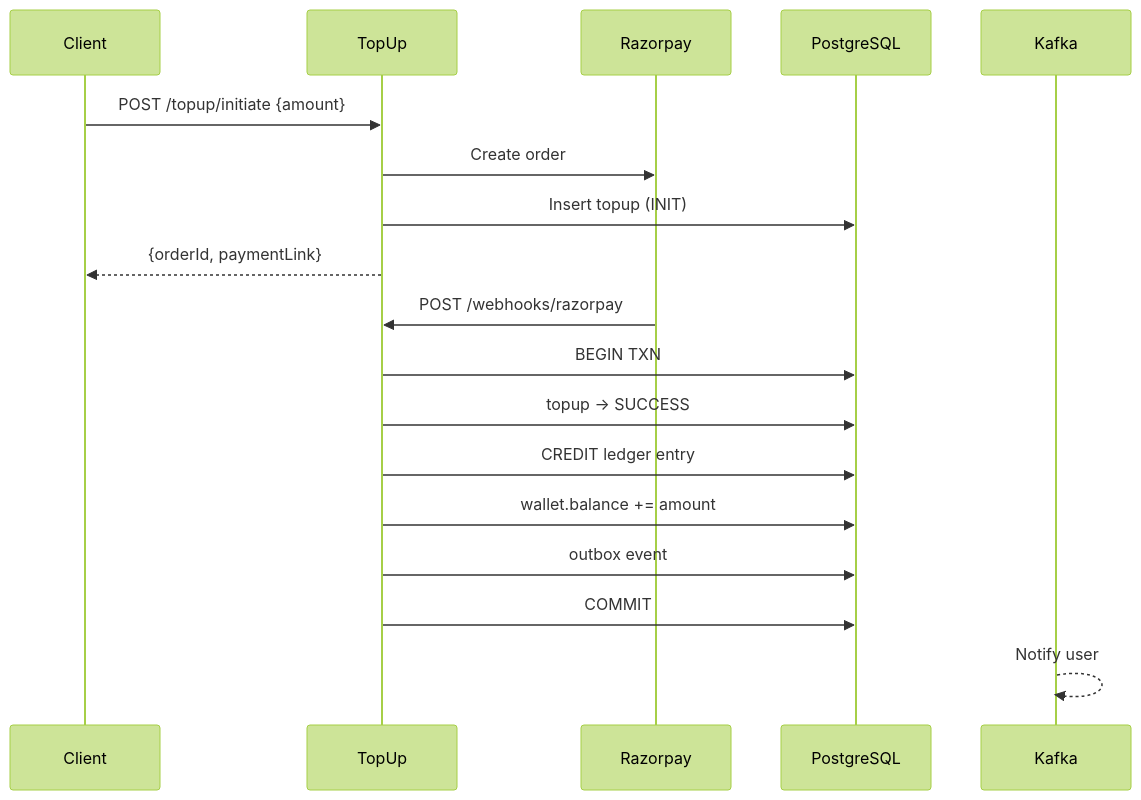
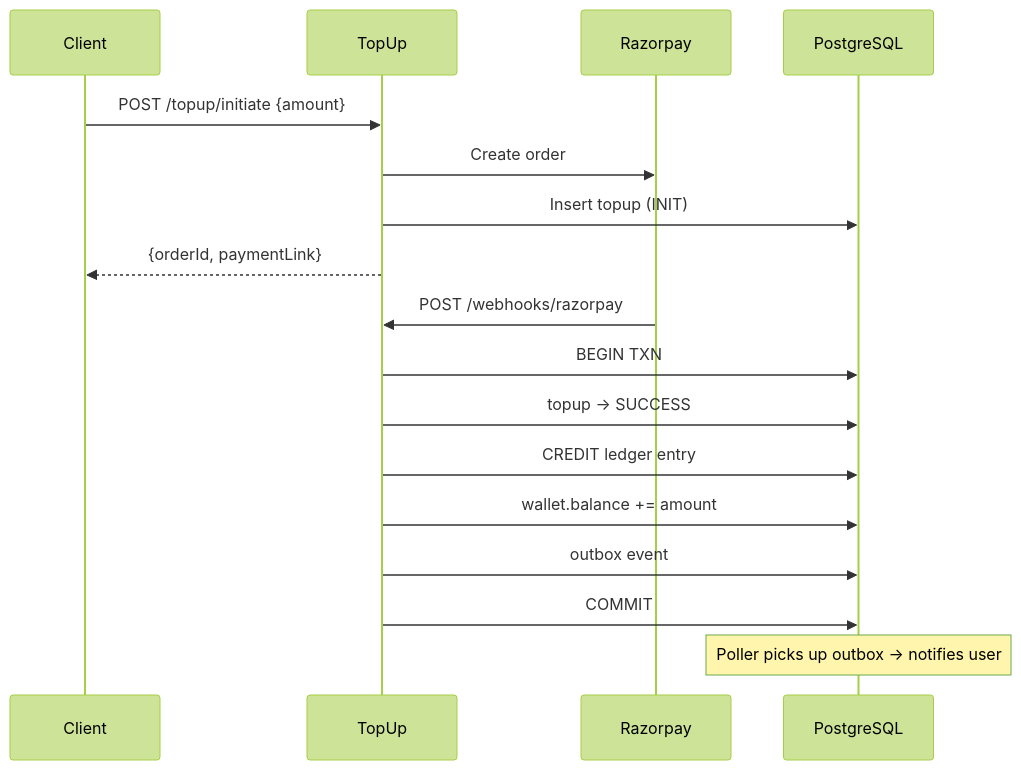
One commit to devanshjhaa/NeoBank changed the fourth of 11 diagrams in docs/PROJECT_REPORT.md. Above: the diagram before and after it, drawn with Mermaid (forest theme). The commit also changed other lines of this file and 4 other files, not shown here.

First line of the commit message:
refactor: remove Kafka, use DB outbox + Upstash Redis

````diff
--- a/docs/PROJECT_REPORT.md
+++ b/docs/PROJECT_REPORT.md
@@ -392,22 +392,21 @@
 ```mermaid
 sequenceDiagram
     participant C as Client
     participant API as TopUp
     participant RZ as Razorpay
     participant DB as PostgreSQL
-    participant K as Kafka
 
     C->>API: POST /topup/initiate {amount}
     API->>RZ: Create order
     API->>DB: Insert topup (INIT)
     API-->>C: {orderId, paymentLink}
 
     RZ->>API: POST /webhooks/razorpay
     API->>DB: BEGIN TXN
     API->>DB: topup → SUCCESS
     API->>DB: CREDIT ledger entry
     API->>DB: wallet.balance += amount
     API->>DB: outbox event
     API->>DB: COMMIT
-    K-->>K: Notify user
+    Note over DB: Poller picks up outbox → notifies user
 ```
````
